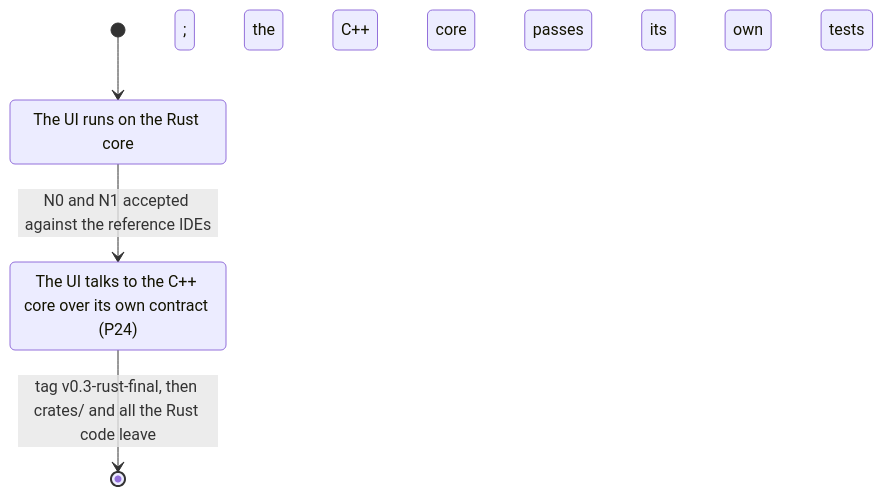
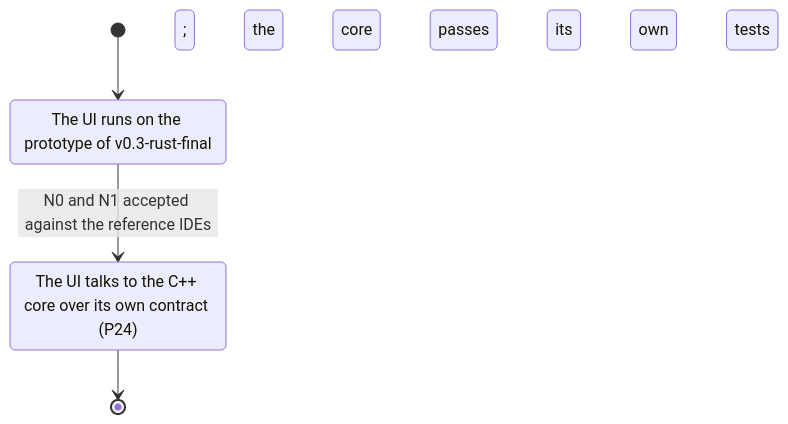
The diagram in docs/adr/ADR-0012-cpp23-backend.md (ViktorWalde/KineinVectis), drawn with Mermaid before and after one commit. The commit also changed other lines of this file and 1083 other files, not shown here.

````diff
--- a/docs/adr/ADR-0012-cpp23-backend.md
+++ b/docs/adr/ADR-0012-cpp23-backend.md
@@ -59,8 +59,8 @@
 ```mermaid
 stateDiagram-v2
     [*] --> Building
-    Building: The UI runs on the Rust core; the C++ core passes its own tests
+    Building: The UI runs on the prototype of v0.3-rust-final; the core passes its own tests
     Building --> Synced: N0 and N1 accepted against the reference IDEs
     Synced: The UI talks to the C++ core over its own contract (P24)
-    Synced --> [*]: tag v0.3-rust-final, then crates/ and all the Rust code leave
+    Synced --> [*]
 ```
````
